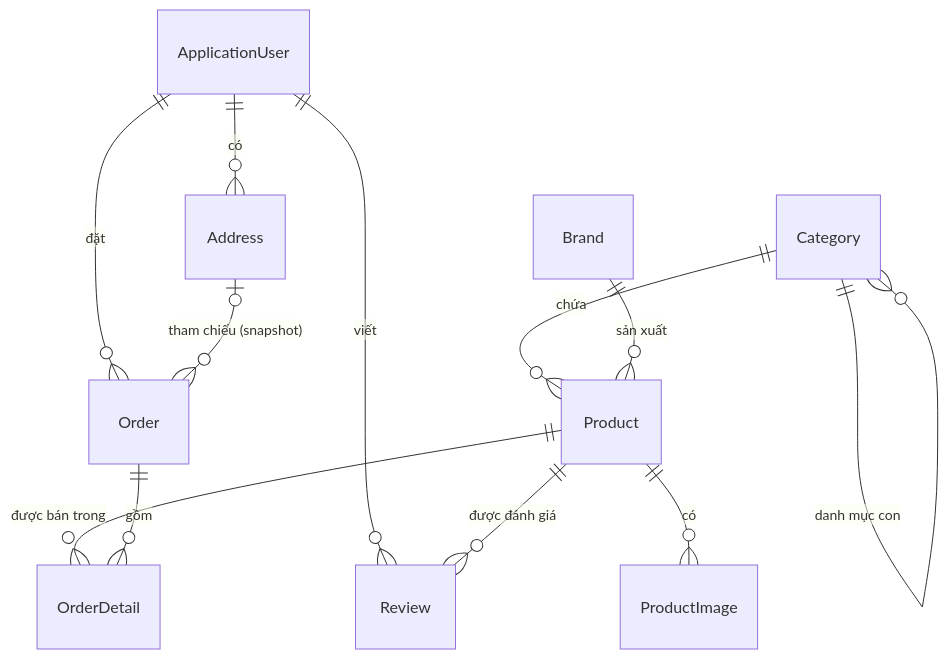
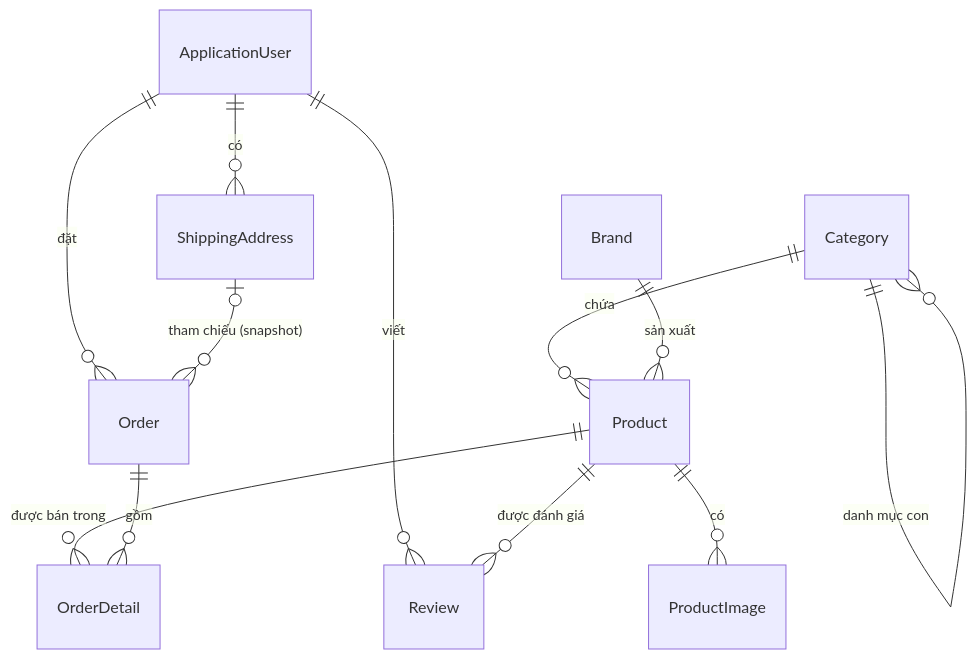
Before and after one commit to PhuThanh1990/ASPNET-DT24TT8016-damhuynhphuthanh-linhkiendientu: the diagram in docs/database-schema.md, drawn with Mermaid. The commit also changed other lines of this file and 12 other files, not shown here.

````diff
--- a/docs/database-schema.md
+++ b/docs/database-schema.md
@@ -46,14 +46,14 @@
 ```mermaid
 erDiagram
-    ApplicationUser ||--o{ Address     : "có"
+    ApplicationUser ||--o{ ShippingAddress : "có"
     ApplicationUser ||--o{ Order       : "đặt"
     ApplicationUser ||--o{ Review      : "viết"
     Category        ||--o{ Product     : "chứa"
     Category        ||--o{ Category    : "danh mục con"
     Brand           ||--o{ Product     : "sản xuất"
     Product         ||--o{ ProductImage: "có"
     Product         ||--o{ OrderDetail : "được bán trong"
     Product         ||--o{ Review      : "được đánh giá"
     Order           ||--o{ OrderDetail : "gồm"
-    Address         |o--o{ Order       : "tham chiếu (snapshot)"
+    ShippingAddress |o--o{ Order       : "tham chiếu (snapshot)"
 ```
````
